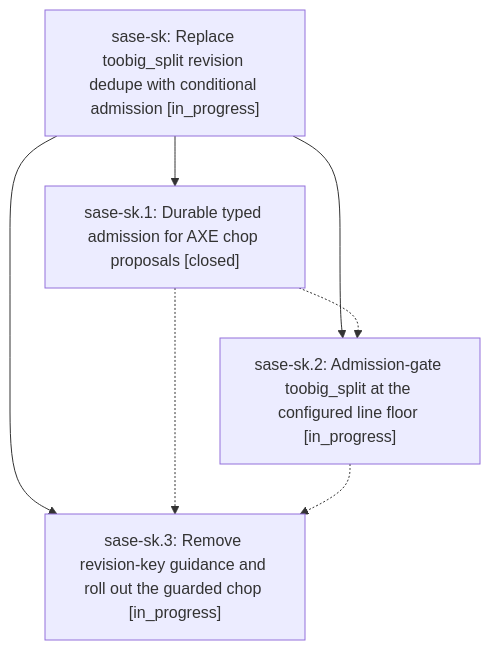
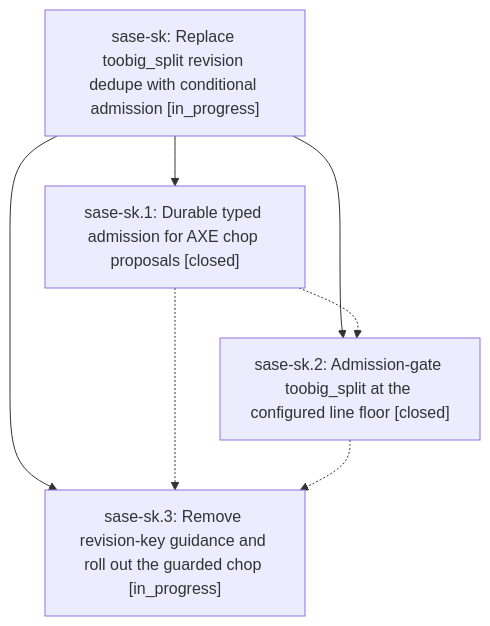
Before and after one commit to sase-org/sase--beads: the diagram in pages/sase-sk/README.md, drawn with Mermaid. The commit also changed other lines of this file and 3 other files, not shown here.

````diff
--- a/pages/sase-sk/README.md
+++ b/pages/sase-sk/README.md
@@ -24,13 +24,13 @@
 ```mermaid
 flowchart TD
     n0["sase-sk: Replace toobig_split revision dedupe with conditional admission [in_progress]"]
     n1["sase-sk.1: Durable typed admission for AXE chop proposals [closed]"]
-    n2["sase-sk.2: Admission-gate toobig_split at the configured line floor [in_progress]"]
+    n2["sase-sk.2: Admission-gate toobig_split at the configured line floor [closed]"]
     n3["sase-sk.3: Remove revision-key guidance and roll out the guarded chop [in_progress]"]
     n0 --> n1
     n0 --> n2
     n0 --> n3
     n1 -.-> n2
     n1 -.-> n3
     n2 -.-> n3
 ```
````
